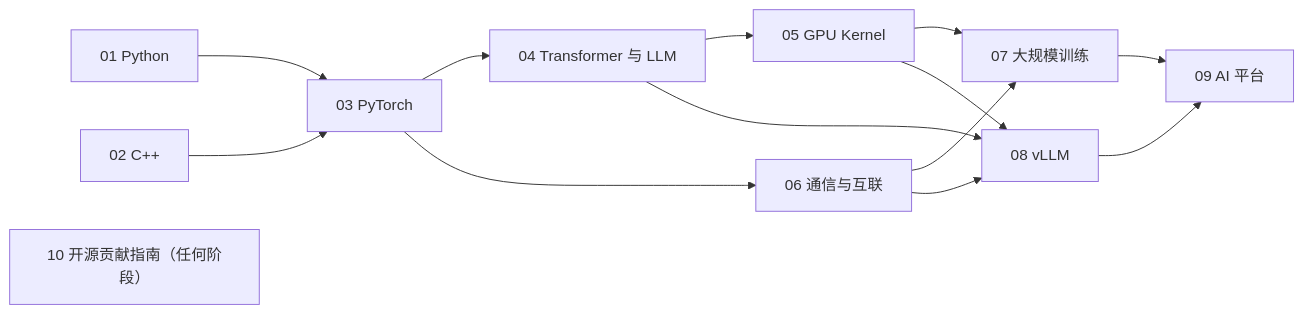
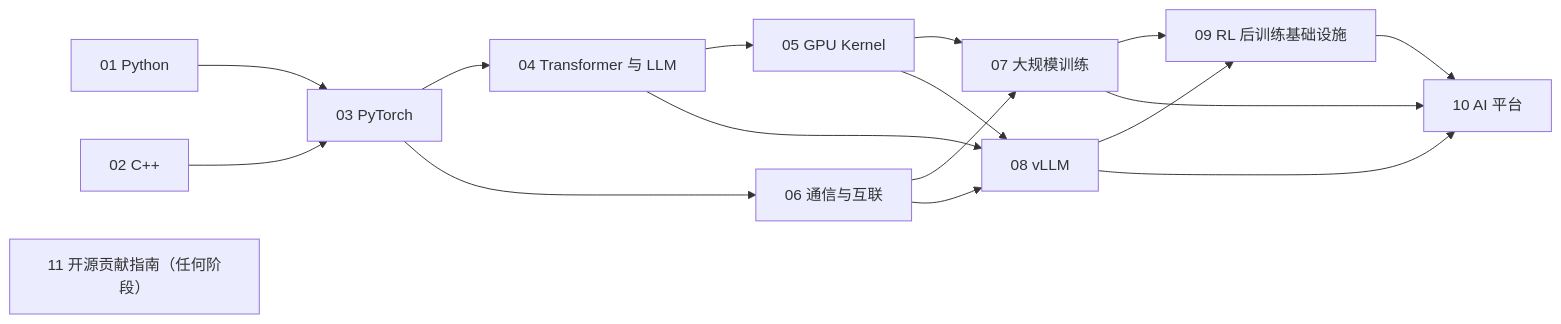
Before and after one commit to arganzheng/arganzheng.github.com: the second of 2 diagrams in _posts/2026-01-02-ai-infra-learning-roadmap.md, drawn with Mermaid. The commit also changed other lines of this file and 37 other files, not shown here.

First line of the commit message:
Infra 地图新增 09《RL 后训练基础设施》总纲；重排发布顺序

````diff
--- a/_posts/2026-01-02-ai-infra-learning-roadmap.md
+++ b/_posts/2026-01-02-ai-infra-learning-roadmap.md
@@ -284,16 +289,19 @@
 ```mermaid
 graph LR
     S01["01 Python"] --> S03["03 PyTorch"]
     S02["02 C++"] --> S03
     S03 --> S04["04 Transformer 与 LLM"]
     S04 --> S05["05 GPU Kernel"]
     S03 --> S06["06 通信与互联"]
     S05 --> S07["07 大规模训练"]
     S06 --> S07
     S04 --> S08["08 vLLM"]
     S05 --> S08
     S06 --> S08
-    S07 --> S09["09 AI 平台"]
+    S07 --> S09["09 RL 后训练基础设施"]
     S08 --> S09
-    S10["10 开源贡献指南（任何阶段）"]
+    S07 --> S10["10 AI 平台"]
+    S08 --> S10
+    S09 --> S10
+    S11["11 开源贡献指南（任何阶段）"]
 ```
````
